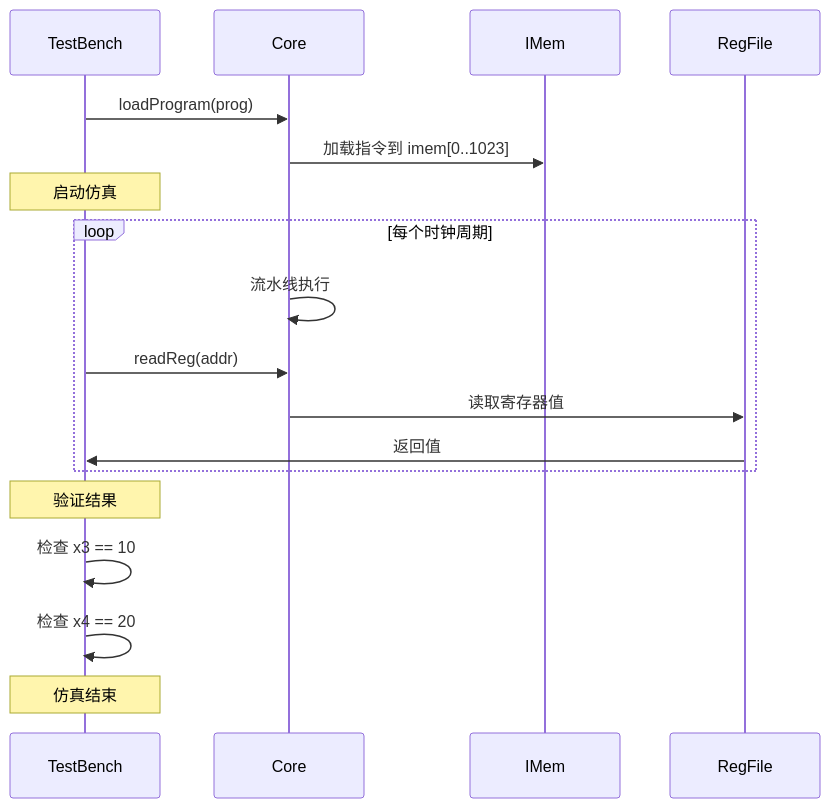
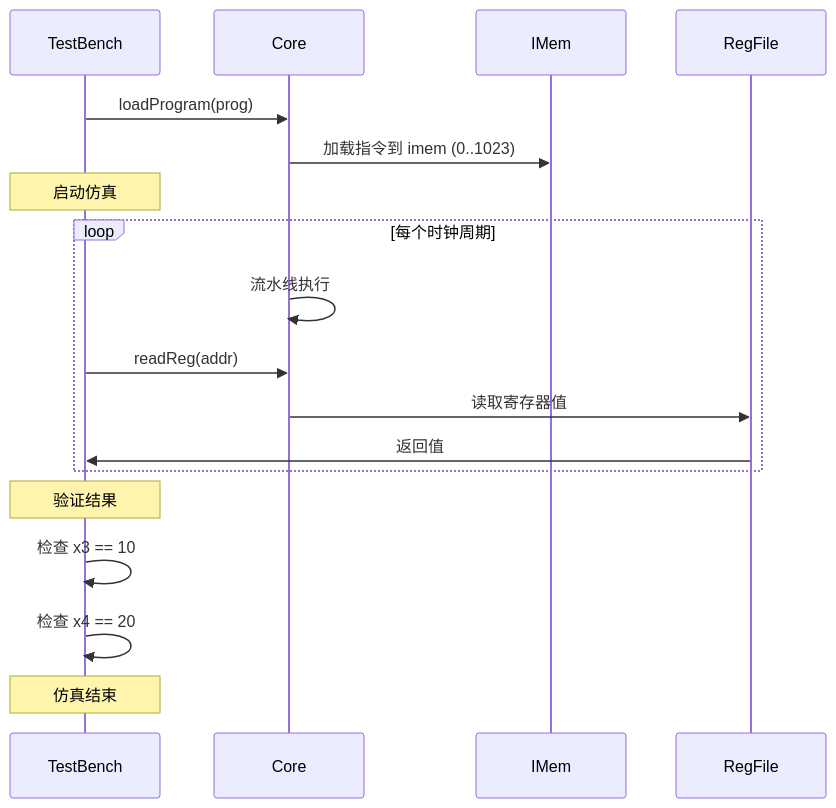
Before and after one commit to daivy2333/riscv-bsv-processor: the seventh of 10 diagrams in docs/memory-layout.md, drawn with Mermaid. The commit also changed other lines of this file and 3 other files, not shown here.

````diff
--- a/docs/memory-layout.md
+++ b/docs/memory-layout.md
@@ -264,25 +264,25 @@
 ```mermaid
 sequenceDiagram
     participant TB as TestBench
     participant Core as Core
     participant IMem as IMem
     participant RegFile as RegFile
 
     TB->>Core: loadProgram(prog)
-    Core->>IMem: 加载指令到 imem[0..1023]
+    Core->>IMem: 加载指令到 imem (0..1023)
 
     Note over TB: 启动仿真
 
     loop 每个时钟周期
         Core->>Core: 流水线执行
         TB->>Core: readReg(addr)
         Core->>RegFile: 读取寄存器值
         RegFile->>TB: 返回值
     end
 
     Note over TB: 验证结果
     TB->>TB: 检查 x3 == 10
     TB->>TB: 检查 x4 == 20
 
     Note over TB: 仿真结束
 ```
````
